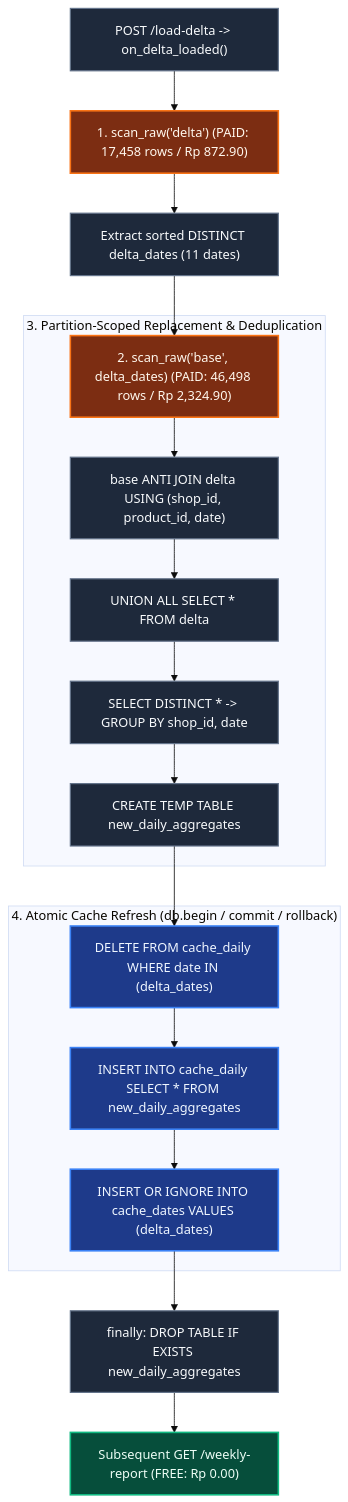
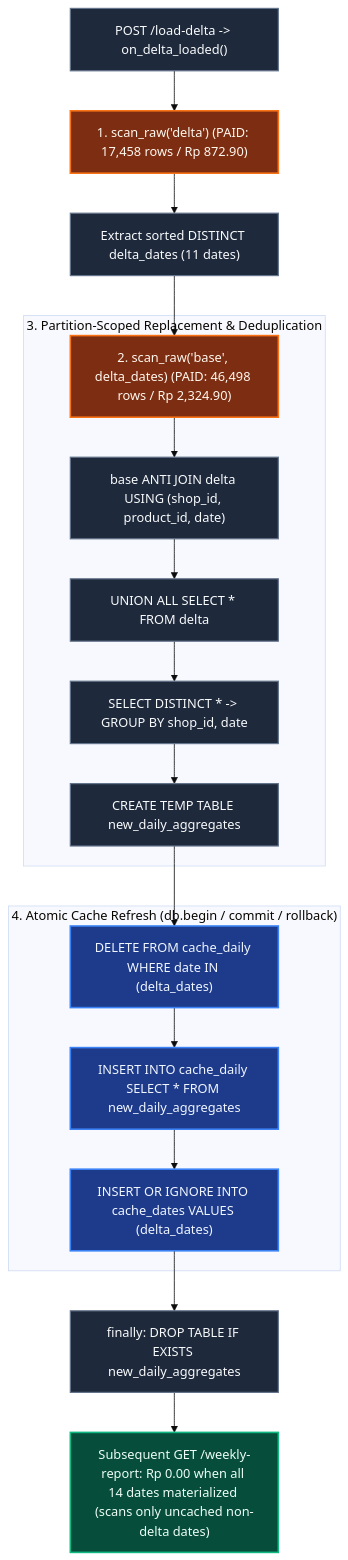
The second of 2 diagrams in README.md (faliqadlan/nesra-hiring-engineer), drawn with Mermaid (base theme) before and after one commit. The commit also changed 1 other file, not shown here.

Commit message:
docs(readme): fix SVG marker/footer layout and clarify post-delta Mermaid node

````diff
--- a/README.md
+++ b/README.md
@@ -57,32 +57,32 @@
 ```mermaid
 flowchart TD
     Post["POST /load-delta -> on_delta_loaded()"] --> ScanDelta["1. scan_raw('delta') (PAID: 17,458 rows / Rp 872.90)"]
     ScanDelta --> GetDates["Extract sorted DISTINCT delta_dates (11 dates)"]
     GetDates --> ScanBase["2. scan_raw('base', delta_dates) (PAID: 46,498 rows / Rp 2,324.90)"]
 
     subgraph Merge ["3. Partition-Scoped Replacement & Deduplication"]
         ScanBase --> AntiJoin["base ANTI JOIN delta USING (shop_id, product_id, date)"]
         AntiJoin --> UnionAll["UNION ALL SELECT * FROM delta"]
         UnionAll --> Distinct["SELECT DISTINCT * -> GROUP BY shop_id, date"]
         Distinct --> TempTable["CREATE TEMP TABLE new_daily_aggregates"]
     end
 
     subgraph AtomicSwap ["4. Atomic Cache Refresh (db.begin / commit / rollback)"]
         TempTable --> DeleteOld["DELETE FROM cache_daily WHERE date IN (delta_dates)"]
         DeleteOld --> InsertNew["INSERT INTO cache_daily SELECT * FROM new_daily_aggregates"]
         InsertNew --> MarkDates["INSERT OR IGNORE INTO cache_dates VALUES (delta_dates)"]
     end
 
     MarkDates --> Cleanup["finally: DROP TABLE IF EXISTS new_daily_aggregates"]
-    Cleanup --> Ready["Subsequent GET /weekly-report (FREE: Rp 0.00)"]
+    Cleanup --> Ready["Subsequent GET /weekly-report: Rp 0.00 when all 14 dates materialized (scans only uncached non-delta dates)"]
 
     classDef paid fill:#7c2d12,stroke:#f97316,stroke-width:2px,color:#fff7ed;
     classDef atomic fill:#1e3a8a,stroke:#3b82f6,stroke-width:2px,color:#eff6ff;
     classDef free fill:#064e3b,stroke:#10b981,stroke-width:2px,color:#ecfdf5;
     classDef neutral fill:#1e293b,stroke:#64748b,stroke-width:1.5px,color:#f8fafc;
 
     class ScanDelta,ScanBase paid;
     class DeleteOld,InsertNew,MarkDates atomic;
     class Ready free;
     class Post,GetDates,AntiJoin,UnionAll,Distinct,TempTable,Cleanup neutral;
 ```
````
